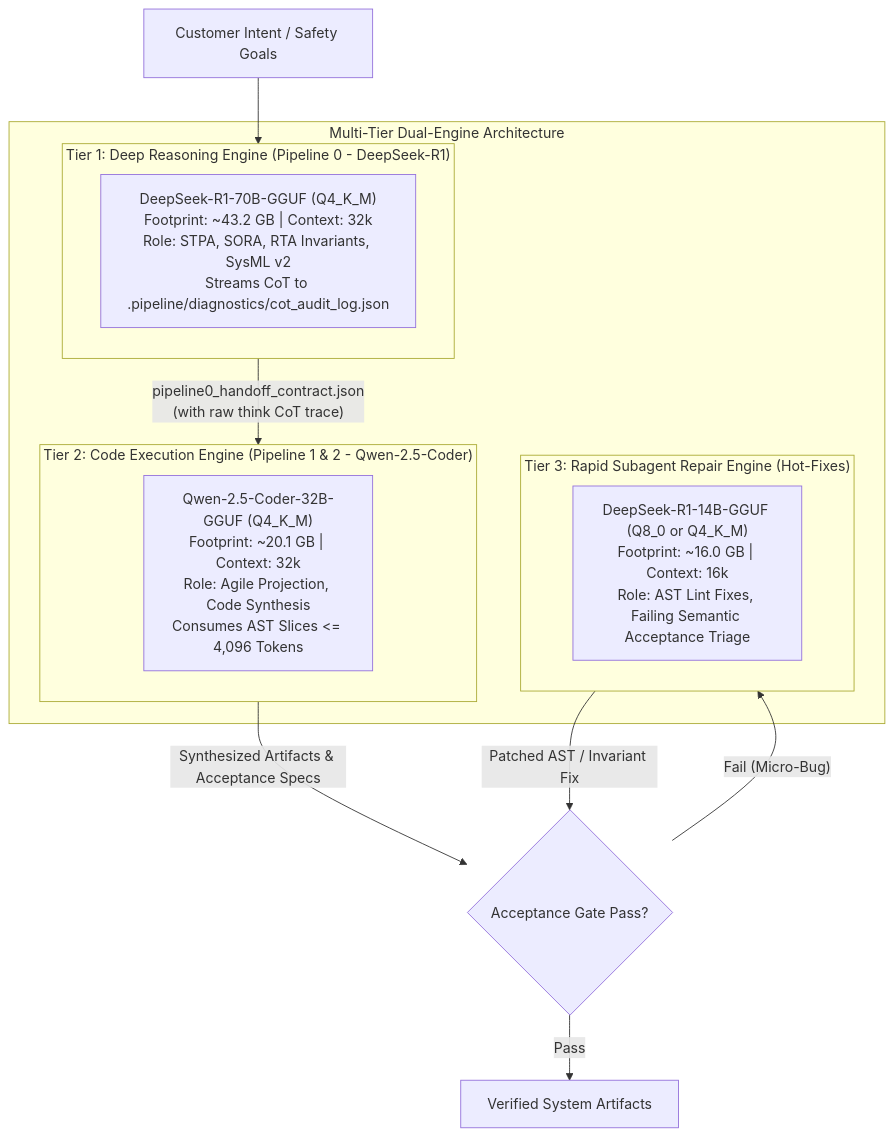
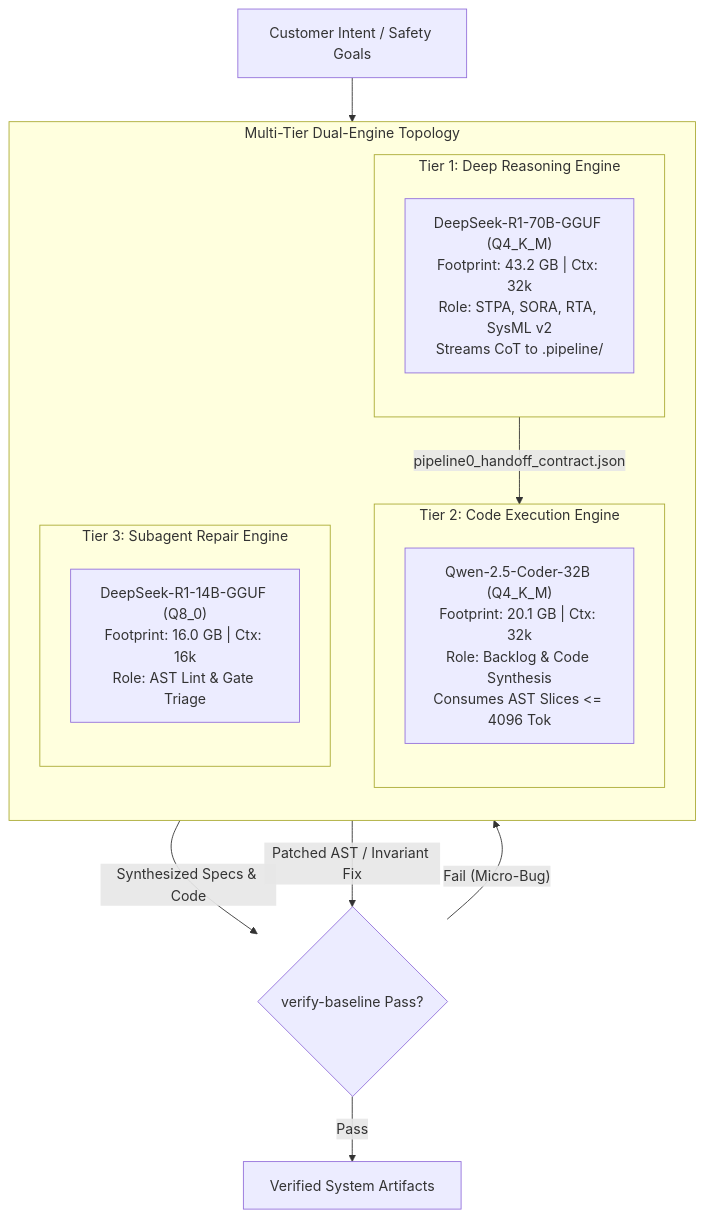
One commit to gintatkinson/DEAP01-spec-core changed the fourth of 5 diagrams in docs/architecture/blueprints/DEAP_LOCAL_AIRGAPPED_DEEPSEEK_WORKSTATION_BLUEPRINT.md. Above: the diagram before and after it, drawn with Mermaid. The commit also changed other lines of this file and 28 other files, not shown here.

Commit message:
feat(verify-baseline,deap-core,compile-sysml): implement Option C blueprint capabilities and Check 37 blueprint grounding gate

````diff
--- a/docs/architecture/blueprints/DEAP_LOCAL_AIRGAPPED_DEEPSEEK_WORKSTATION_BLUEPRINT.md
+++ b/docs/architecture/blueprints/DEAP_LOCAL_AIRGAPPED_DEEPSEEK_WORKSTATION_BLUEPRINT.md
@@ -316,23 +328,27 @@
 ```mermaid
 flowchart TD
-    subgraph DualEngineTopology["Multi-Tier Dual-Engine Architecture"]
-        subgraph Tier1["Tier 1: Deep Reasoning Engine (Pipeline 0 - DeepSeek-R1)"]
-            R1["DeepSeek-R1-70B-GGUF (Q4_K_M)\nFootprint: ~43.2 GB | Context: 32k\nRole: STPA, SORA, RTA Invariants, SysML v2\nStreams CoT to .pipeline/diagnostics/cot_audit_log.json"]
+    subgraph DualEngineTopology["Multi-Tier Dual-Engine Topology"]
+        direction TB
+        subgraph Tier1["Tier 1: Deep Reasoning Engine"]
+            direction TB
+            R1["DeepSeek-R1-70B-GGUF (Q4_K_M)<br/>Footprint: 43.2 GB | Ctx: 32k<br/>Role: STPA, SORA, RTA, SysML v2<br/>Streams CoT to .pipeline/"]
         end
 
-        subgraph Tier2["Tier 2: Code Execution Engine (Pipeline 1 & 2 - Qwen-2.5-Coder)"]
-            Coder["Qwen-2.5-Coder-32B-GGUF (Q4_K_M)\nFootprint: ~20.1 GB | Context: 32k\nRole: Agile Projection, Code Synthesis\nConsumes AST Slices <= 4,096 Tokens"]
+        subgraph Tier2["Tier 2: Code Execution Engine"]
+            direction TB
+            Coder["Qwen-2.5-Coder-32B (Q4_K_M)<br/>Footprint: 20.1 GB | Ctx: 32k<br/>Role: Backlog & Code Synthesis<br/>Consumes AST Slices <= 4096 Tok"]
         end
 
-        subgraph Tier3["Tier 3: Rapid Subagent Repair Engine (Hot-Fixes)"]
-            Repair["DeepSeek-R1-14B-GGUF (Q8_0 or Q4_K_M)\nFootprint: ~16.0 GB | Context: 16k\nRole: AST Lint Fixes, Failing Semantic Acceptance Triage"]
+        subgraph Tier3["Tier 3: Subagent Repair Engine"]
+            direction TB
+            Repair["DeepSeek-R1-14B-GGUF (Q8_0)<br/>Footprint: 16.0 GB | Ctx: 16k<br/>Role: AST Lint & Gate Triage"]
         end
     end
 
     P0_Req["Customer Intent / Safety Goals"] --> Tier1
-    Tier1 -->|"pipeline0_handoff_contract.json\n(with raw think CoT trace)"| Tier2
-    Tier2 -->|"Synthesized Artifacts & Acceptance Specs"| TestGate{"Acceptance Gate Pass?"}
+    Tier1 -->|"pipeline0_handoff_contract.json"| Tier2
+    Tier2 -->|"Synthesized Specs & Code"| TestGate{"verify-baseline Pass?"}
     TestGate -- "Pass" --> Release["Verified System Artifacts"]
     TestGate -- "Fail (Micro-Bug)" --> Tier3
     Tier3 -->|"Patched AST / Invariant Fix"| TestGate
 ```
````
